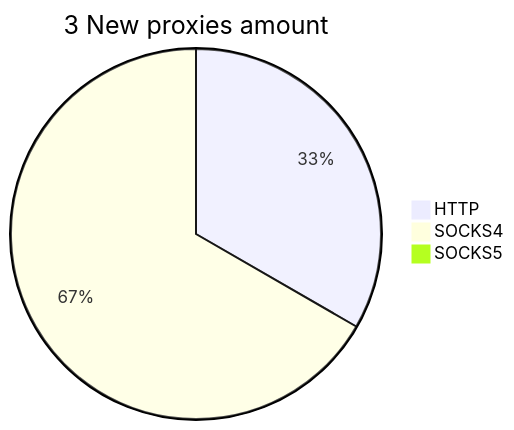
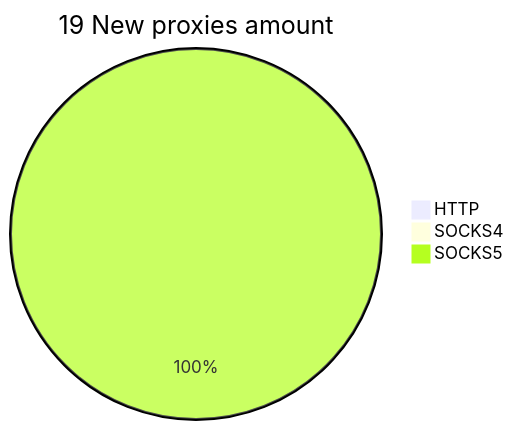
The second of 2 diagrams in README.md (cutipu/proxylist), drawn with Mermaid before and after one commit. The commit also changed other lines of this file, not shown here.

````diff
--- a/README.md
+++ b/README.md
@@ -10,6 +10,6 @@
 ```mermaid
-pie title 3 New proxies amount
-    "HTTP" : 1
-    "SOCKS4" : 2
-    "SOCKS5" : 0
+pie title 19 New proxies amount
+    "HTTP" : 0
+    "SOCKS4" : 0
+    "SOCKS5" : 21
 ```
````
